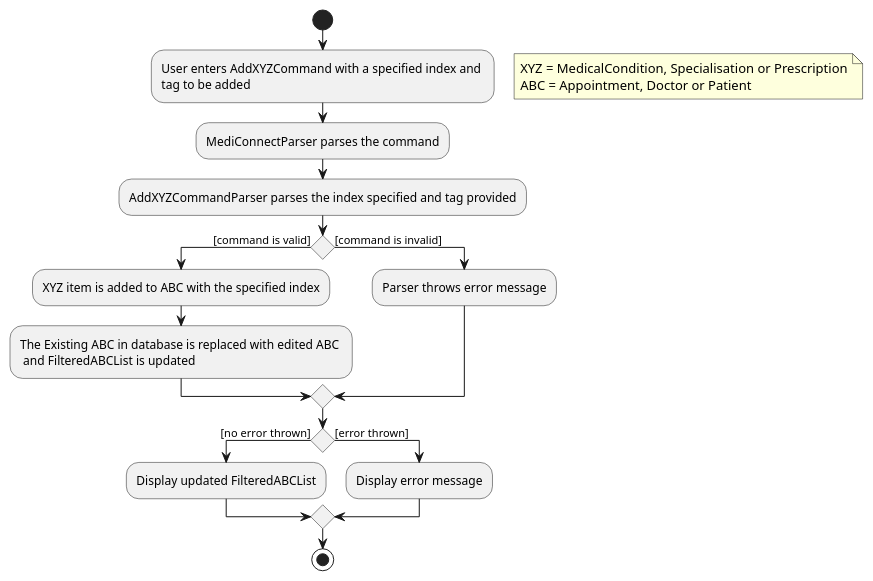
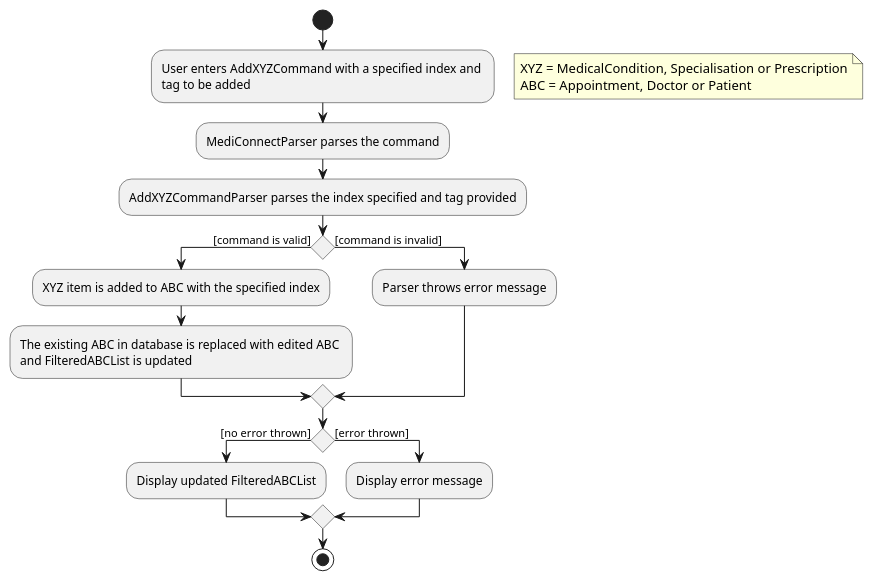
The diagram in docs/diagrams/AddXYZTagActivityDiagram.puml (yanghengtang/tp), drawn with PlantUML before and after one commit. The commit also changed 1 other file, not shown here.

Commit message:
Update AddXYZTagActivityDiagram

```diff
--- a/docs/diagrams/AddXYZTagActivityDiagram.puml
+++ b/docs/diagrams/AddXYZTagActivityDiagram.puml
@@ -1,25 +1,25 @@
 @startuml
 'https://plantuml.com/activity-diagram-beta
 
 start
 :User enters AddXYZCommand with a specified index and \ntag to be added;
 floating note right
     XYZ = MedicalCondition, Specialisation or Prescription
     ABC = Appointment, Doctor or Patient
 end note
 :MediConnectParser parses the command;
 :AddXYZCommandParser parses the index specified and tag provided;
 if () then ([command is valid])
   :XYZ item is added to ABC with the specified index;
-  :The Existing ABC in database is replaced with edited ABC \n and FilteredABCList is updated;
+  :The existing ABC in database is replaced with edited ABC \nand FilteredABCList is updated;
 else ([command is invalid])
   :Parser throws error message;
 endif
 if () then ([no error thrown])
   :Display updated FilteredABCList;
 else ([error thrown])
   :Display error message;
 endif
 stop
 
 @enduml
```
